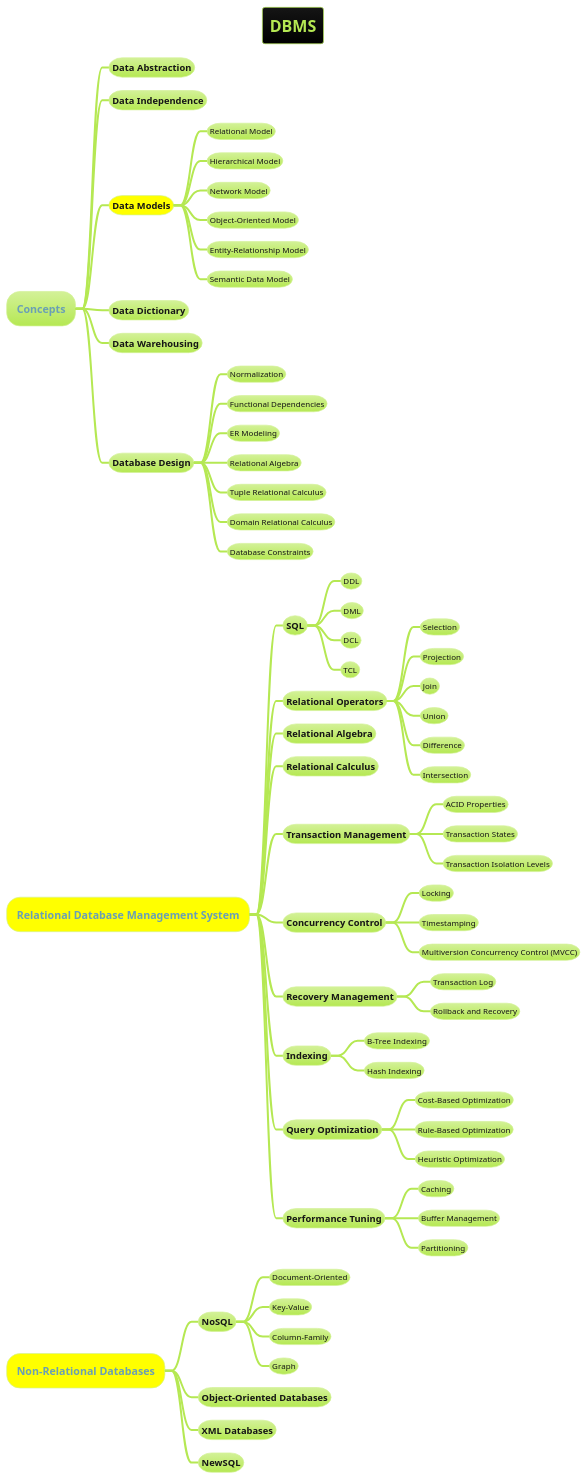
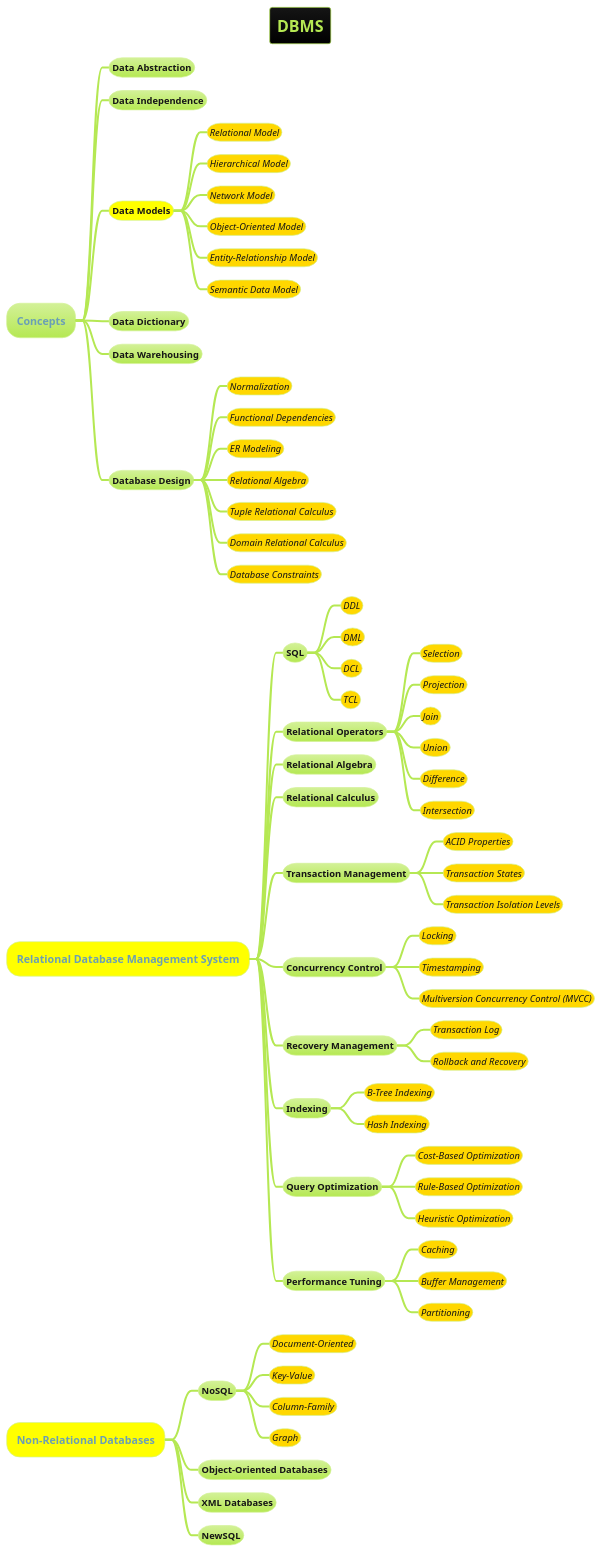
One commit to MehmoodHashmi/Documentation-as-Code-DaC changed the diagram in docs/books/1-books-backlog/DBMS/dbms.puml. Above: the diagram before and after it, drawn with PlantUML. The commit also changed 3 other files, not shown here.

```diff
--- a/docs/books/1-books-backlog/DBMS/dbms.puml
+++ b/docs/books/1-books-backlog/DBMS/dbms.puml
@@ -1,71 +1,71 @@
 @startmindmap
 title =DBMS
 !theme hacker
 
 * Concepts
 ** Data Abstraction
 ** Data Independence
 **[#yellow] **Data Models**
-*** Relational Model
-*** Hierarchical Model
-*** Network Model
-*** Object-Oriented Model
-*** Entity-Relationship Model
-*** Semantic Data Model
+***[#gold] ====<size:14>Relational Model
+***[#gold] ====<size:14>Hierarchical Model
+***[#gold] ====<size:14>Network Model
+***[#gold] ====<size:14>Object-Oriented Model
+***[#gold] ====<size:14>Entity-Relationship Model
+***[#gold] ====<size:14>Semantic Data Model
 ** Data Dictionary
 ** Data Warehousing
 ** Database Design
-*** Normalization
-*** Functional Dependencies
-*** ER Modeling
-*** Relational Algebra
-*** Tuple Relational Calculus
-*** Domain Relational Calculus
-*** Database Constraints
+***[#gold] ====<size:14>Normalization
+***[#gold] ====<size:14>Functional Dependencies
+***[#gold] ====<size:14>ER Modeling
+***[#gold] ====<size:14>Relational Algebra
+***[#gold] ====<size:14>Tuple Relational Calculus
+***[#gold] ====<size:14>Domain Relational Calculus
+***[#gold] ====<size:14>Database Constraints
 *[#yellow] **Relational Database Management System**
 ** SQL
-*** DDL
-*** DML
-*** DCL
-*** TCL
+***[#gold] ====<size:14>DDL
+***[#gold] ====<size:14>DML
+***[#gold] ====<size:14>DCL
+***[#gold] ====<size:14>TCL
 ** Relational Operators
-*** Selection
-*** Projection
-*** Join
-*** Union
-*** Difference
-*** Intersection
+***[#gold] ====<size:14>Selection
+***[#gold] ====<size:14>Projection
+***[#gold] ====<size:14>Join
+***[#gold] ====<size:14>Union
+***[#gold] ====<size:14>Difference
+***[#gold] ====<size:14>Intersection
 ** Relational Algebra
 ** Relational Calculus
 ** Transaction Management
-*** ACID Properties
-*** Transaction States
-*** Transaction Isolation Levels
+***[#gold] ====<size:14>ACID Properties
+***[#gold] ====<size:14>Transaction States
+***[#gold] ====<size:14>Transaction Isolation Levels
 ** Concurrency Control
-*** Locking
-*** Timestamping
-*** Multiversion Concurrency Control (MVCC)
+***[#gold] ====<size:14>Locking
+***[#gold] ====<size:14>Timestamping
+***[#gold] ====<size:14>Multiversion Concurrency Control (MVCC)
 ** Recovery Management
-*** Transaction Log
-*** Rollback and Recovery
+***[#gold] ====<size:14>Transaction Log
+***[#gold] ====<size:14>Rollback and Recovery
 ** Indexing
-*** B-Tree Indexing
-*** Hash Indexing
+***[#gold] ====<size:14>B-Tree Indexing
+***[#gold] ====<size:14>Hash Indexing
 ** Query Optimization
-*** Cost-Based Optimization
-*** Rule-Based Optimization
-*** Heuristic Optimization
+***[#gold] ====<size:14>Cost-Based Optimization
+***[#gold] ====<size:14>Rule-Based Optimization
+***[#gold] ====<size:14>Heuristic Optimization
 ** Performance Tuning
-*** Caching
-*** Buffer Management
-*** Partitioning
+***[#gold] ====<size:14>Caching
+***[#gold] ====<size:14>Buffer Management
+***[#gold] ====<size:14>Partitioning
 *[#yellow] **Non-Relational Databases**
 ** **NoSQL**
-*** Document-Oriented
-*** Key-Value
-*** Column-Family
-*** Graph
+***[#gold] ====<size:14>Document-Oriented
+***[#gold] ====<size:14>Key-Value
+***[#gold] ====<size:14>Column-Family
+***[#gold] ====<size:14>Graph
 ** Object-Oriented Databases
 ** XML Databases
 ** NewSQL
 @endmindmap
```
